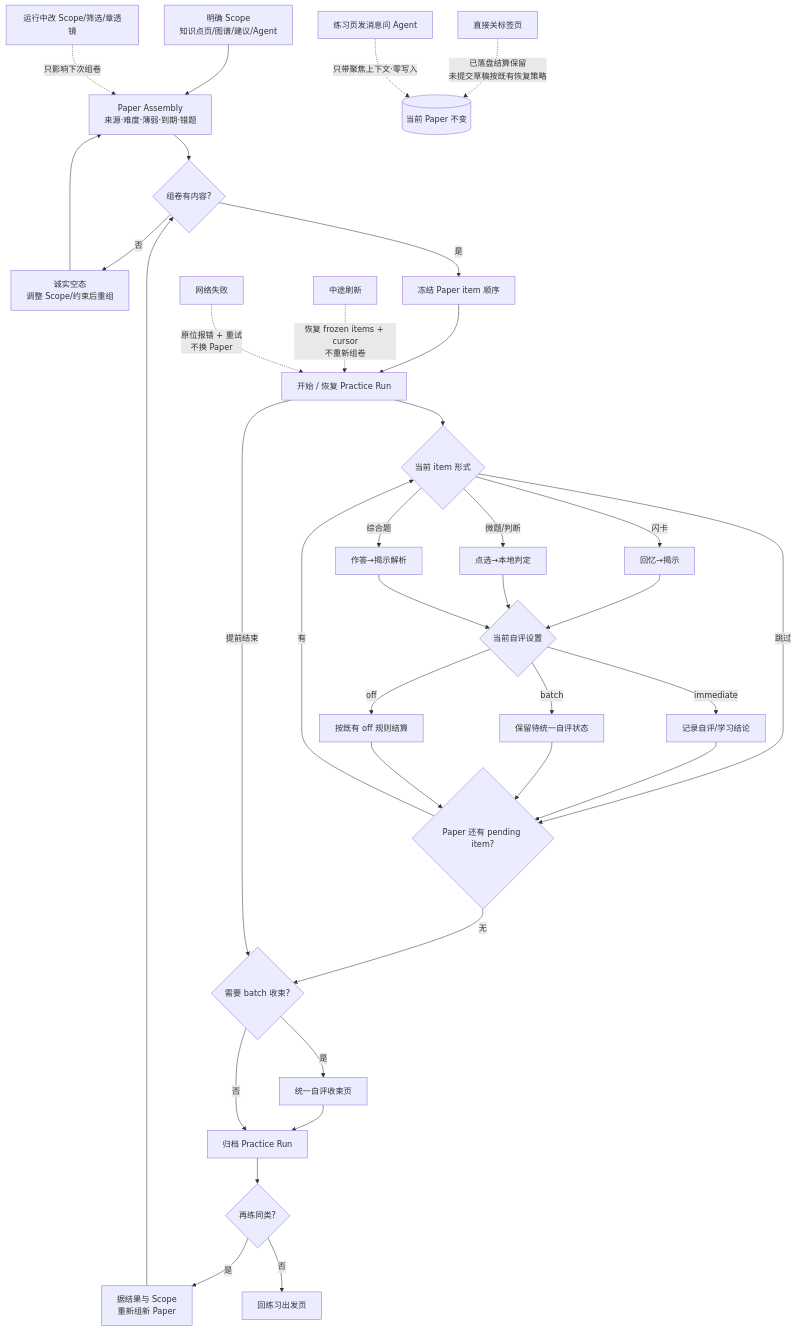
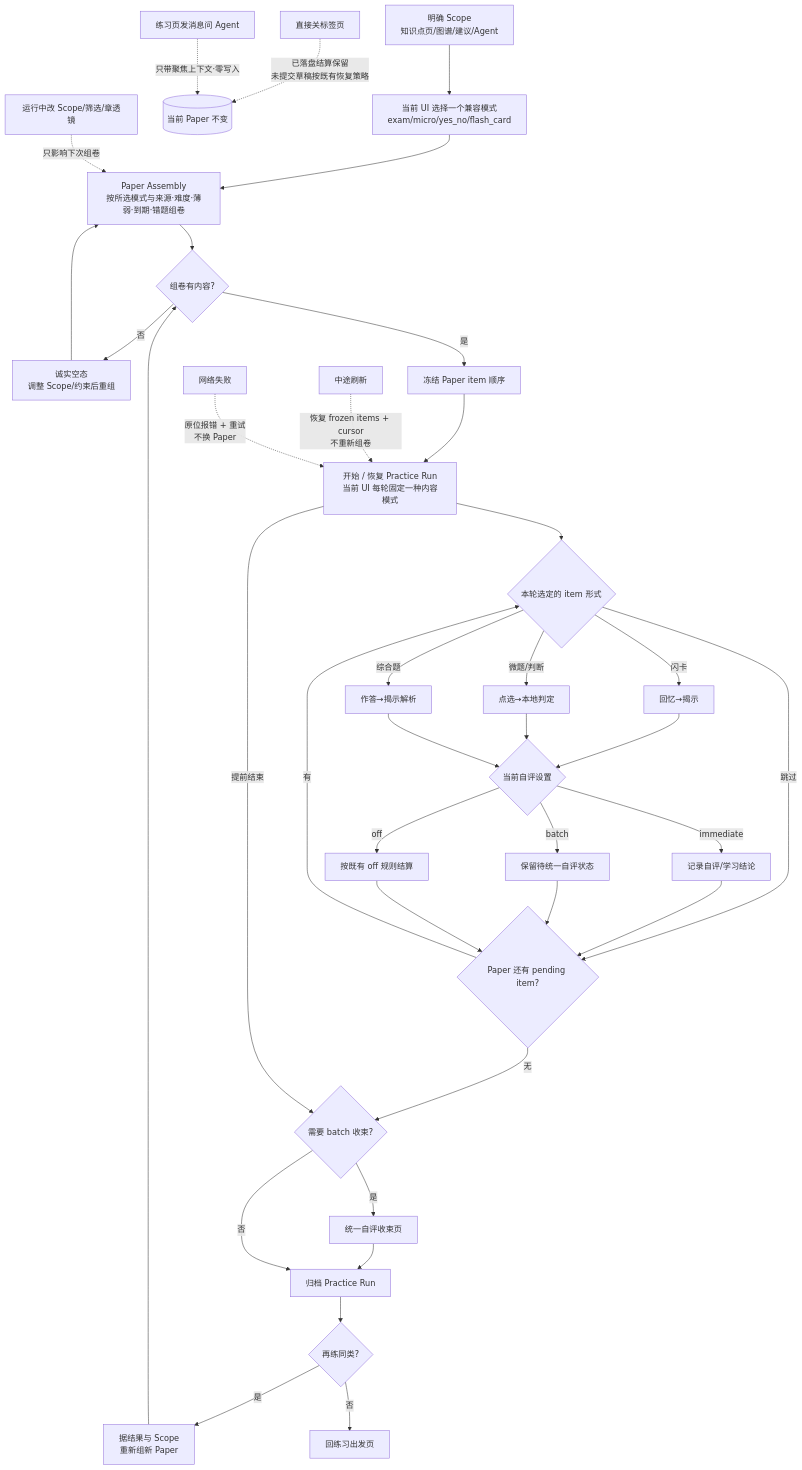
The first of 10 diagrams in docs/action-graph/L4-workflows.md (Amazinnn/Lesson-Kit), drawn with Mermaid before and after one commit. The commit also changed other lines of this file and 5 other files, not shown here.

````diff
--- a/docs/action-graph/L4-workflows.md
+++ b/docs/action-graph/L4-workflows.md
@@ -8,31 +8,32 @@
 ```mermaid
 flowchart TD
-  A[明确 Scope<br/>知识点页/图谱/建议/Agent] --> B[Paper Assembly<br/>来源·难度·薄弱·到期·错题]
+  A[明确 Scope<br/>知识点页/图谱/建议/Agent] --> A1[当前 UI 选择一个兼容模式<br/>exam/micro/yes_no/flash_card]
+  A1 --> B[Paper Assembly<br/>按所选模式与来源·难度·薄弱·到期·错题组卷]
   B --> C{组卷有内容?}
   C -- 否 --> C0[诚实空态<br/>调整 Scope/约束后重组] --> B
   C -- 是 --> D[冻结 Paper item 顺序]
-  D --> E[开始 / 恢复 Practice Run]
-  E --> F{当前 item 形式}
+  D --> E[开始 / 恢复 Practice Run<br/>当前 UI 每轮固定一种内容模式]
+  E --> F{本轮选定的 item 形式}
   F -- 闪卡 --> G[回忆→揭示]
   F -- 微题/判断 --> H[点选→本地判定]
   F -- 综合题 --> I[作答→揭示解析]
   F -- 跳过 --> N
   G & H & I --> J{当前自评设置}
   J -- immediate --> K[记录自评/学习结论]
   J -- batch --> L[保留待统一自评状态]
   J -- off --> M[按既有 off 规则结算]
   K & L & M --> N{Paper 还有 pending item?}
   N -- 有 --> F
   N -- 无 --> O{需要 batch 收束?}
   O -- 是 --> P[统一自评收束页] --> Q[归档 Practice Run]
   O -- 否 --> Q
   E -- 提前结束 --> O
   Q --> R{再练同类?}
   R -- 是 --> B2[据结果与 Scope<br/>重新组新 Paper] --> C
   R -- 否 --> S[回练习出发页]
   X1[中途刷新] -.恢复 frozen items + cursor<br/>不重新组卷.-> E
   X2[直接关标签页] -.已落盘结算保留<br/>未提交草稿按既有恢复策略.-> Z[(当前 Paper 不变)]
   X3[网络失败] -.原位报错 + 重试<br/>不换 Paper.-> E
   X4[运行中改 Scope/筛选/章透镜] -.只影响下次组卷.-> B
   X5[练习页发消息问 Agent] -.只带聚焦上下文·零写入.-> Z
 ```
````
